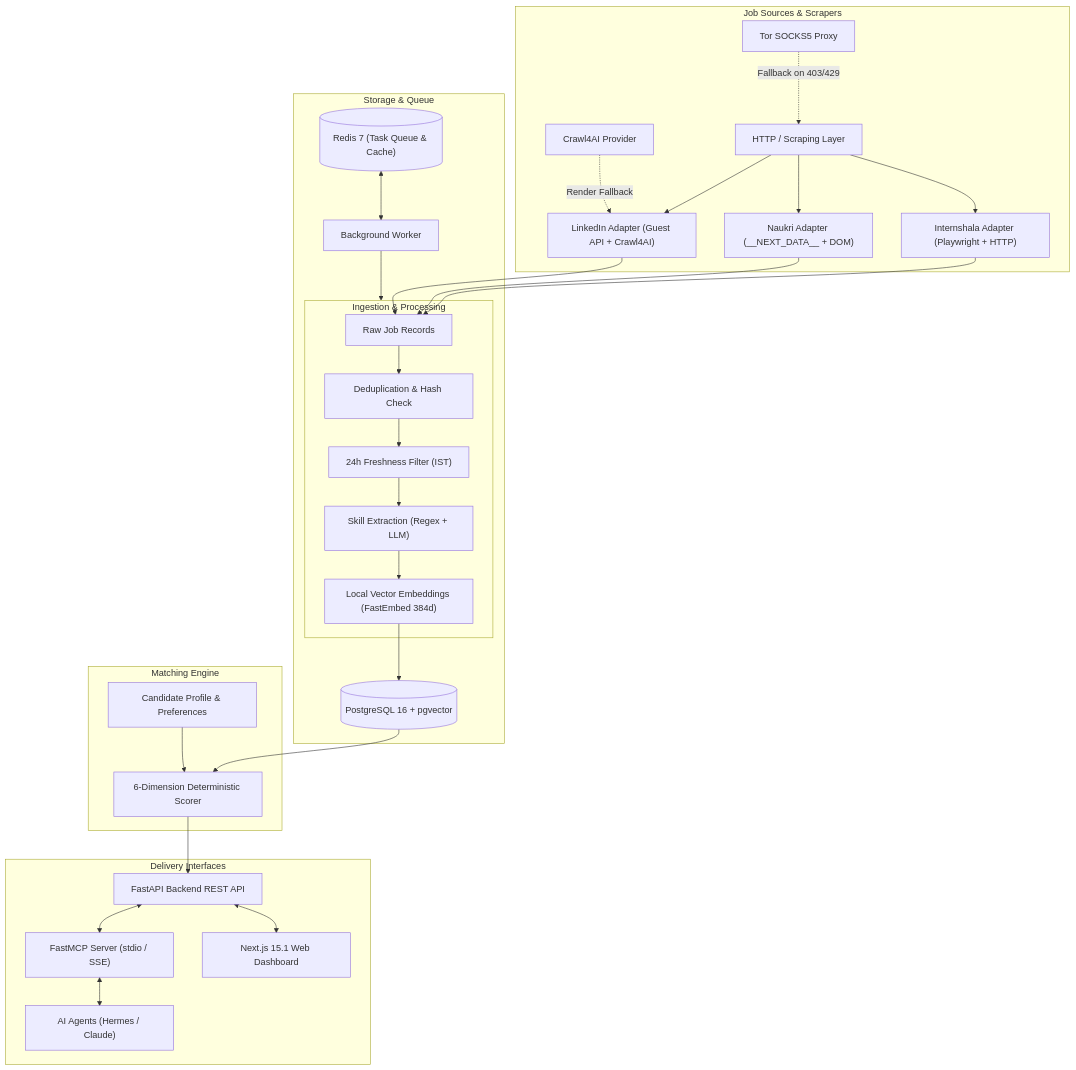
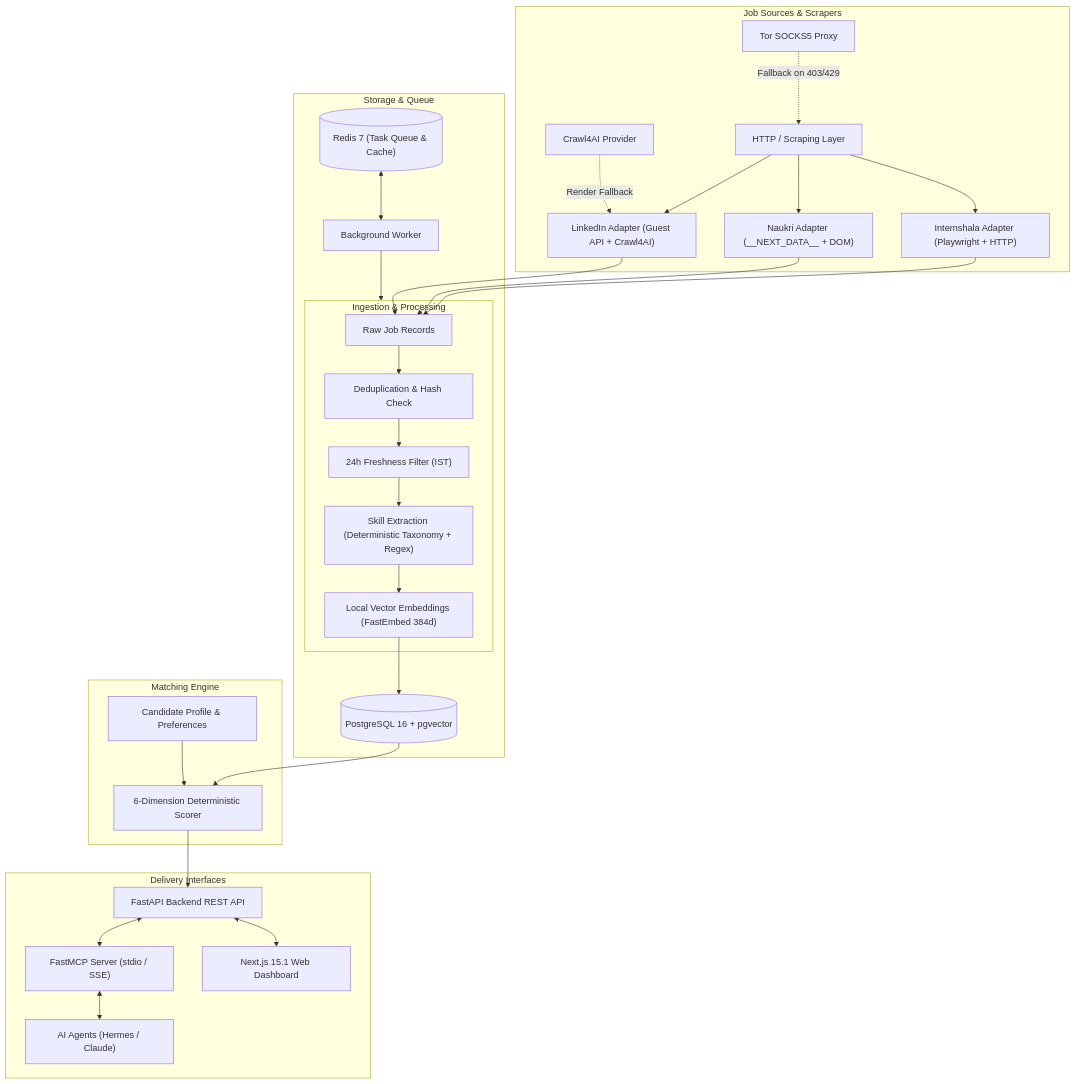
One commit to vivans720/AI-Job-Search changed the diagram in README.MD. Above: the diagram before and after it, drawn with Mermaid. The commit also changed 18 other files, not shown here.

````diff
--- a/README.MD
+++ b/README.MD
@@ -17,41 +17,41 @@
 ```mermaid
 flowchart TD
     subgraph Sources["Job Sources & Scrapers"]
         IN["Internshala Adapter (Playwright + HTTP)"]
         NK["Naukri Adapter (__NEXT_DATA__ + DOM)"]
         LI["LinkedIn Adapter (Guest API + Crawl4AI)"]
         C4["Crawl4AI Provider"] -.->|Render Fallback| LI
         TOR["Tor SOCKS5 Proxy"] -.->|Fallback on 403/429| HTTP["HTTP / Scraping Layer"]
         HTTP --> IN
         HTTP --> NK
         HTTP --> LI
     end
 
     subgraph Pipeline["Ingestion & Processing"]
         IN --> RAW["Raw Job Records"]
         NK --> RAW
         LI --> RAW
         RAW --> DEDUP["Deduplication & Hash Check"]
         DEDUP --> FRESH["24h Freshness Filter (IST)"]
-        FRESH --> SKILLS["Skill Extraction (Regex + LLM)"]
+        FRESH --> SKILLS["Skill Extraction (Deterministic Taxonomy + Regex)"]
         SKILLS --> EMBED["Local Vector Embeddings (FastEmbed 384d)"]
     end
 
     subgraph Storage["Storage & Queue"]
         EMBED --> PG[("PostgreSQL 16 + pgvector")]
         REDIS[("Redis 7 (Task Queue & Cache)")] <--> WORKER["Background Worker"]
         WORKER --> Pipeline
     end
 
     subgraph Matching["Matching Engine"]
         PG --> MATCH["6-Dimension Deterministic Scorer"]
         PROFILE["Candidate Profile & Preferences"] --> MATCH
     end
 
     subgraph Interfaces["Delivery Interfaces"]
         MATCH --> API["FastAPI Backend REST API"]
         API <--> WEB["Next.js 15.1 Web Dashboard"]
         API <--> MCP["FastMCP Server (stdio / SSE)"]
         MCP <--> AGENT["AI Agents (Hermes / Claude)"]
     end
 ```
````
